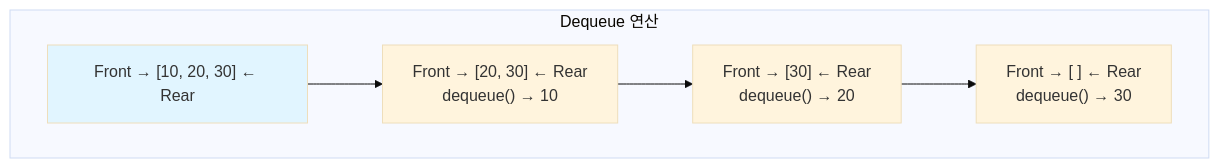
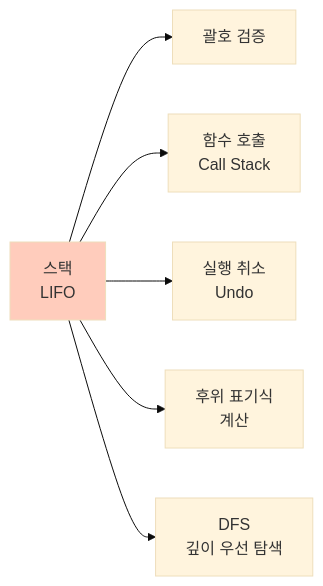
The fifth of 6 diagrams in _md/essentials-codingtest/chapter03/03-2.md (nugurejeil/weniVooks), drawn with Mermaid (base theme) before and after one commit. The commit also changed other lines of this file and 4 other files, not shown here.

````diff
--- a/_md/essentials-codingtest/chapter03/03-2.md
+++ b/_md/essentials-codingtest/chapter03/03-2.md
@@ -145,11 +282,10 @@
 ```mermaid
 graph LR
-    subgraph "Dequeue 연산"
-    direction LR
-    B1["Front → [10, 20, 30] ← Rear"] --> B2["Front → [20, 30] ← Rear<br/>dequeue() → 10"]
-    B2 --> B3["Front → [30] ← Rear<br/>dequeue() → 20"]
-    B3 --> B4["Front → [ ] ← Rear<br/>dequeue() → 30"]
-    end
+    A["스택<br/>LIFO"] --> B["괄호 검증"]
+    A --> C["함수 호출<br/>Call Stack"]
+    A --> D["실행 취소<br/>Undo"]
+    A --> E["후위 표기식<br/>계산"]
+    A --> F["DFS<br/>깊이 우선 탐색"]
 
-    style B1 fill:#e1f5ff
+    style A fill:#ffccbc
 ```
````
